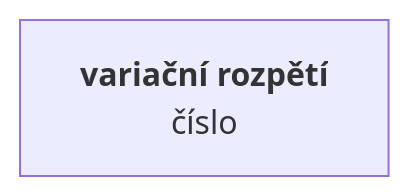
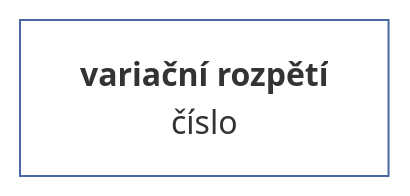
Before and after one commit to muzikp/retusa: the sixth of 23 diagrams in docs/cs-CZ/vector.md, drawn with Mermaid. The commit also changed other lines of this file and 17 other files, not shown here.

````diff
--- a/docs/cs-CZ/vector.md
+++ b/docs/cs-CZ/vector.md
@@ -168,4 +183,7 @@
 ```mermaid
 graph TD
-A[<b>variační rozpětí<br></b>číslo]
+range[<b>variační rozpětí<br></b>číslo]
+style range fill:#FFFFFF;
+style range stroke:#4967A4;
+
 ```
````
